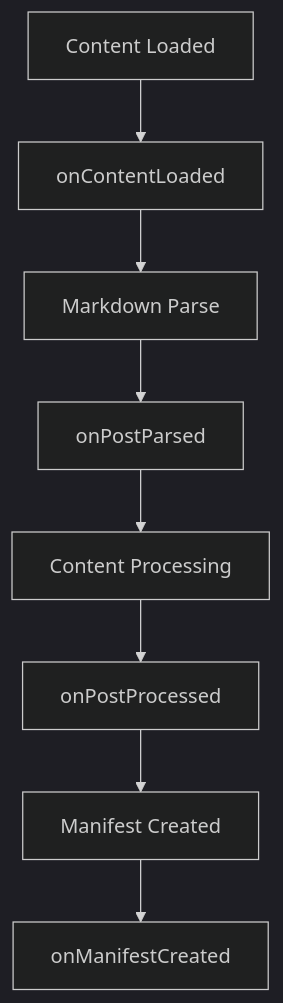
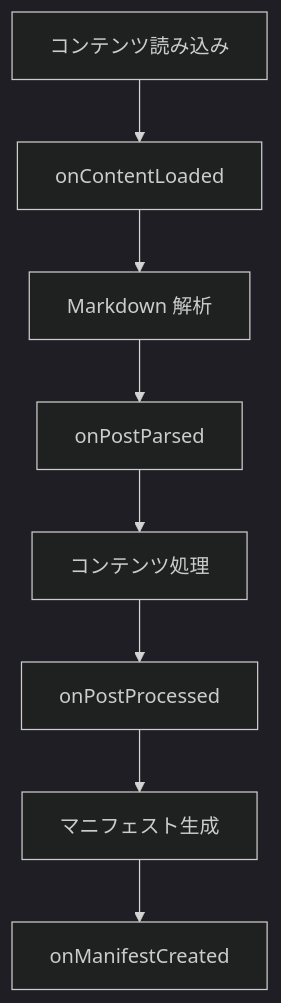
Before and after one commit to Rerurate514/riebeckite: the fourth of 13 diagrams in docs/docs/framework/content-system.ja.md, drawn with Mermaid (dark theme). The commit also changed other lines of this file and 310 other files, not shown here.

````diff
--- a/docs/docs/framework/content-system.ja.md
+++ b/docs/docs/framework/content-system.ja.md
@@ -186,19 +166,19 @@
 ```mermaid id="c1cjn0"
 flowchart TD
-    Load["Content Loaded"]
+    Load["コンテンツ読み込み"]
     H1["onContentLoaded"]
-    Parse["Markdown Parse"]
+    Parse["Markdown 解析"]
     H2["onPostParsed"]
-    Process["Content Processing"]
+    Process["コンテンツ処理"]
     H3["onPostProcessed"]
-    Manifest["Manifest Created"]
+    Manifest["マニフェスト生成"]
     H4["onManifestCreated"]
 
     Load --> H1
     H1 --> Parse
     Parse --> H2
     H2 --> Process
     Process --> H3
     H3 --> Manifest
     Manifest --> H4
 ```
````
